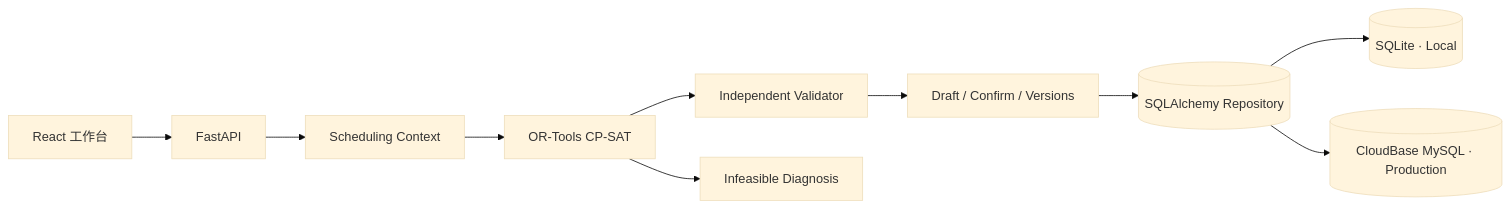
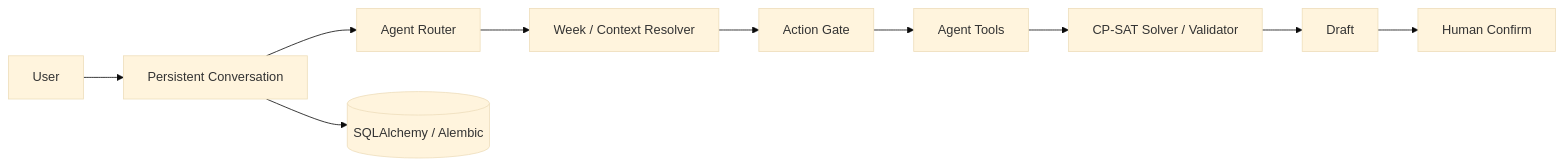
The diagram in README.md (jiacan233/OptiShift-AI), drawn with Mermaid (base theme) before and after one commit. The commit also changed other lines of this file and 42 other files, not shown here.

Commit message:
feat: add persistent multi-turn scheduling agent

````diff
--- a/README.md
+++ b/README.md
@@ -13,12 +15,12 @@
 ```mermaid
 flowchart LR
-  UI[React 工作台] --> API[FastAPI]
-  API --> Context[Scheduling Context]
-  Context --> Solver[OR-Tools CP-SAT]
-  Solver --> Validator[Independent Validator]
-  Solver --> Diagnosis[Infeasible Diagnosis]
-  Validator --> State[Draft / Confirm / Versions]
-  State --> DB[(SQLAlchemy Repository)]
-  DB --> Local[(SQLite · Local)]
-  DB --> Prod[(CloudBase MySQL · Production)]
+  User[User] --> Conversation[Persistent Conversation]
+  Conversation --> Router[Agent Router]
+  Router --> Resolver[Week / Context Resolver]
+  Resolver --> Gate[Action Gate]
+  Gate --> Tools[Agent Tools]
+  Tools --> Solver[CP-SAT Solver / Validator]
+  Solver --> Draft[Draft]
+  Draft --> Confirm[Human Confirm]
+  Conversation --> DB[(SQLAlchemy / Alembic)]
 ```
````
